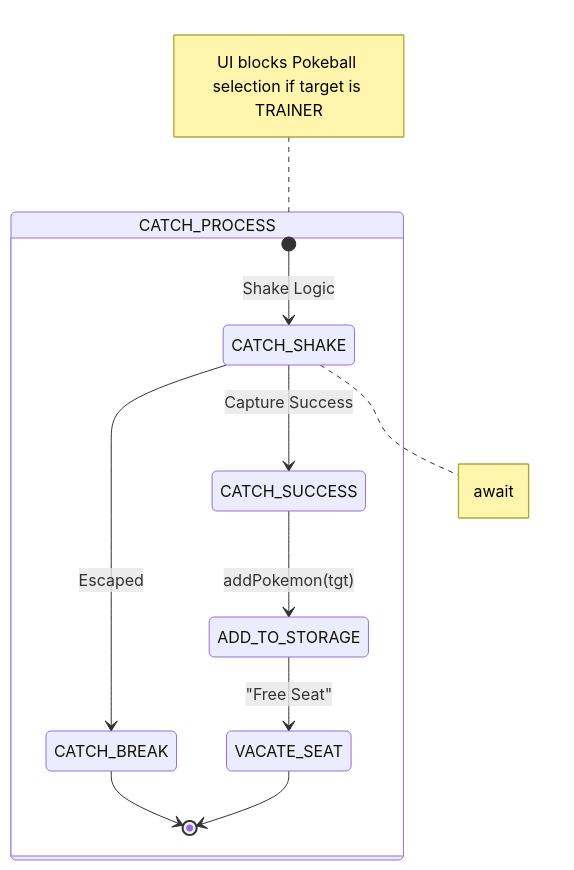
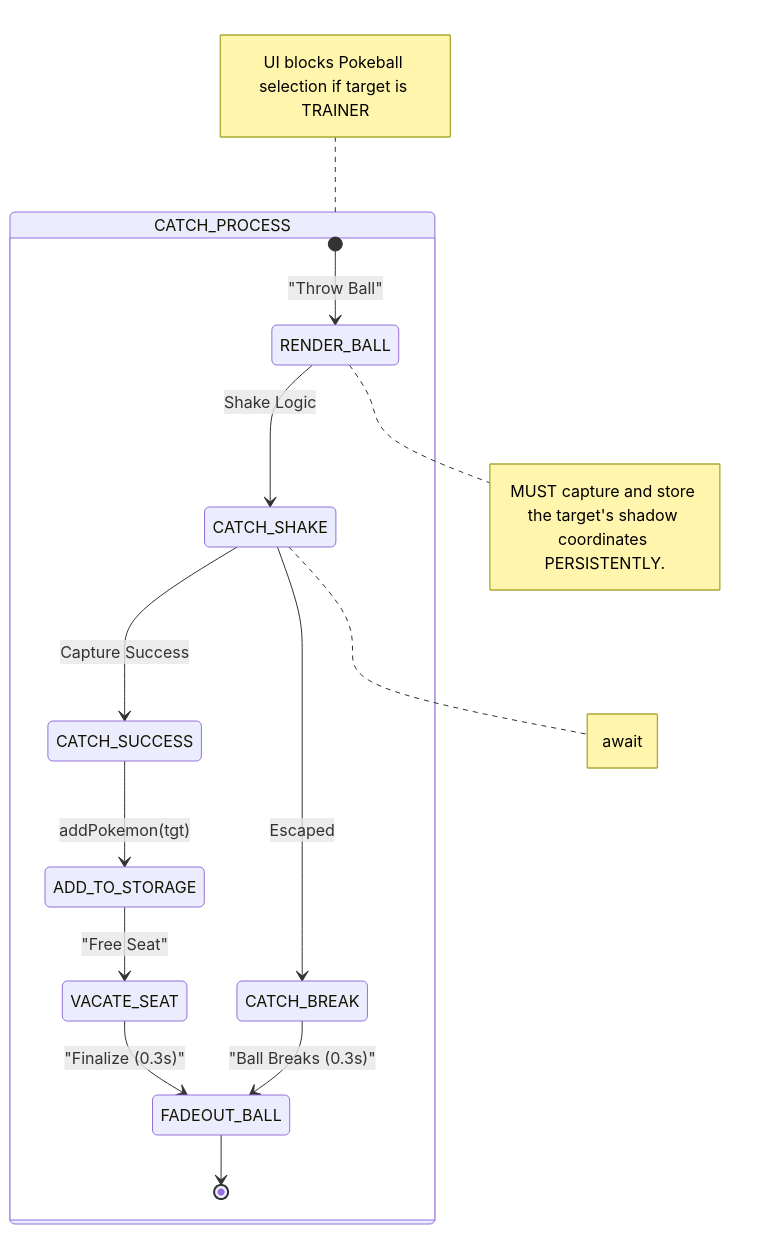
One commit to Darkham77/PokeBorrador changed the sixth of 18 diagrams in .agents/skills/project-standards/references/battle/battle_mechanics_manual.md. Above: the diagram before and after it, drawn with Mermaid. The commit also changed other lines of this file and 21 other files, not shown here.

````diff
--- a/.agents/skills/project-standards/references/battle/battle_mechanics_manual.md
+++ b/.agents/skills/project-standards/references/battle/battle_mechanics_manual.md
@@ -518,14 +527,17 @@
 ```mermaid
 stateDiagram-v2
     state CATCH_PROCESS {
-        [*] --> CATCH_SHAKE : Shake Logic
+        [*] --> RENDER_BALL : "Throw Ball"
+        RENDER_BALL --> CATCH_SHAKE : Shake Logic
         CATCH_SHAKE --> CATCH_BREAK : Escaped
         CATCH_SHAKE --> CATCH_SUCCESS : Capture Success
         CATCH_SUCCESS --> ADD_TO_STORAGE : addPokemon(tgt)
         ADD_TO_STORAGE --> VACATE_SEAT : "Free Seat"
-        CATCH_BREAK --> [*]
-        VACATE_SEAT --> [*]
+        VACATE_SEAT --> FADEOUT_BALL : "Finalize (0.3s)"
+        CATCH_BREAK --> FADEOUT_BALL : "Ball Breaks (0.3s)"
+        FADEOUT_BALL --> [*]
+        note right of RENDER_BALL: MUST capture and store the target's shadow coordinates PERSISTENTLY.
         note right of CATCH_SHAKE: await
     }
     note left of CATCH_PROCESS: UI blocks Pokeball selection if target is TRAINER
 ```
````
